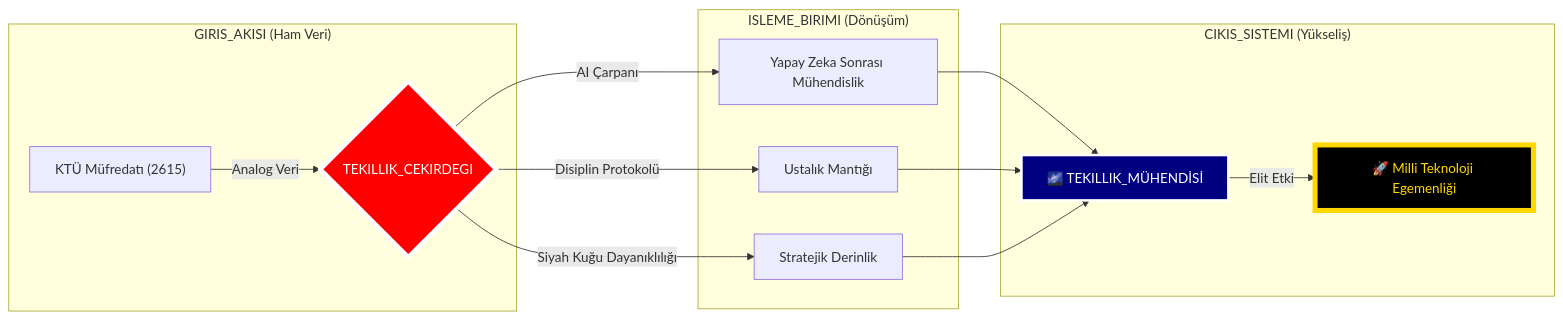
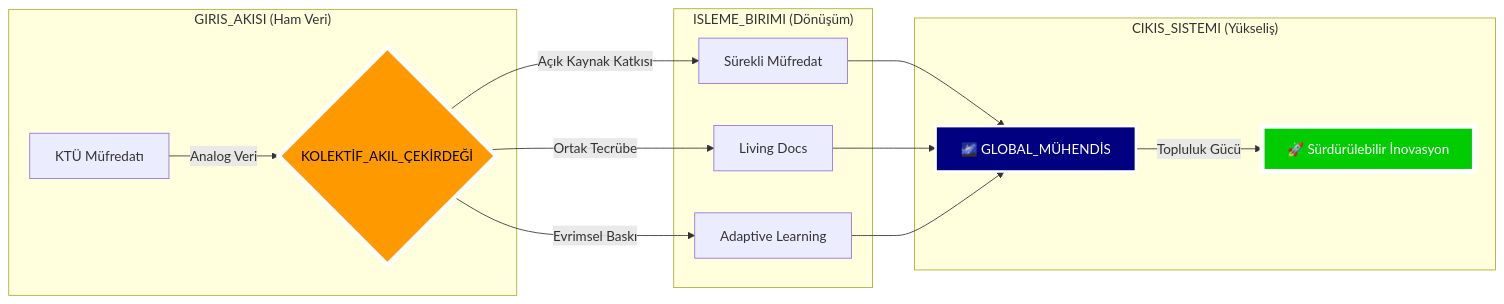
Before and after one commit to arch-yunus/post-ai-swe: the diagram in README.md, drawn with Mermaid. The commit also changed other lines of this file, not shown here.

````diff
--- a/README.md
+++ b/README.md
@@ -110,23 +107,23 @@
 ```mermaid
 graph LR
     subgraph "GIRIS_AKISI (Ham Veri)"
-        A["KTÜ Müfredatı (2615)"] -- "Analog Veri" --> B{TEKILLIK_CEKIRDEGI}
+        A["KTÜ Müfredatı"] -- "Analog Veri" --> B{KOLEKTİF_AKIL_ÇEKİRDEĞİ}
     end
 
     subgraph "ISLEME_BIRIMI (Dönüşüm)"
-        B -- "AI Çarpanı" --> C["Yapay Zeka Sonrası Mühendislik"]
-        B -- "Disiplin Protokolü" --> D["Ustalık Mantığı"]
-        B -- "Siyah Kuğu Dayanıklılığı" --> E["Stratejik Derinlik"]
+        B -- "Açık Kaynak Katkısı" --> C["Sürekli Müfredat"]
+        B -- "Ortak Tecrübe" --> D["Living Docs"]
+        B -- "Evrimsel Baskı" --> E["Adaptive Learning"]
     end
 
     subgraph "CIKIS_SISTEMI (Yükseliş)"
-        C --> F["🌌 TEKILLIK_MÜHENDİSİ"]
+        C --> F["🌌 GLOBAL_MÜHENDİS"]
         D --> F
         E --> F
-        F -- "Elit Etki" --> G["🚀 Milli Teknoloji Egemenliği"]
+        F -- "Topluluk Gücü" --> G["🚀 Sürdürülebilir İnovasyon"]
     end
 
-    style B fill:#ff0000,stroke:#fff,stroke-width:5px,color:#fff
-    style G fill:#000,stroke:#FFD700,stroke-width:6px,color:#FFD700
+    style B fill:#ff9900,stroke:#fff,stroke-width:5px,color:#000
+    style G fill:#00cc00,stroke:#fff,stroke-width:6px,color:#fff
     style F fill:#000080,stroke:#fff,stroke-width:3px,color:#fff
 ```
````
